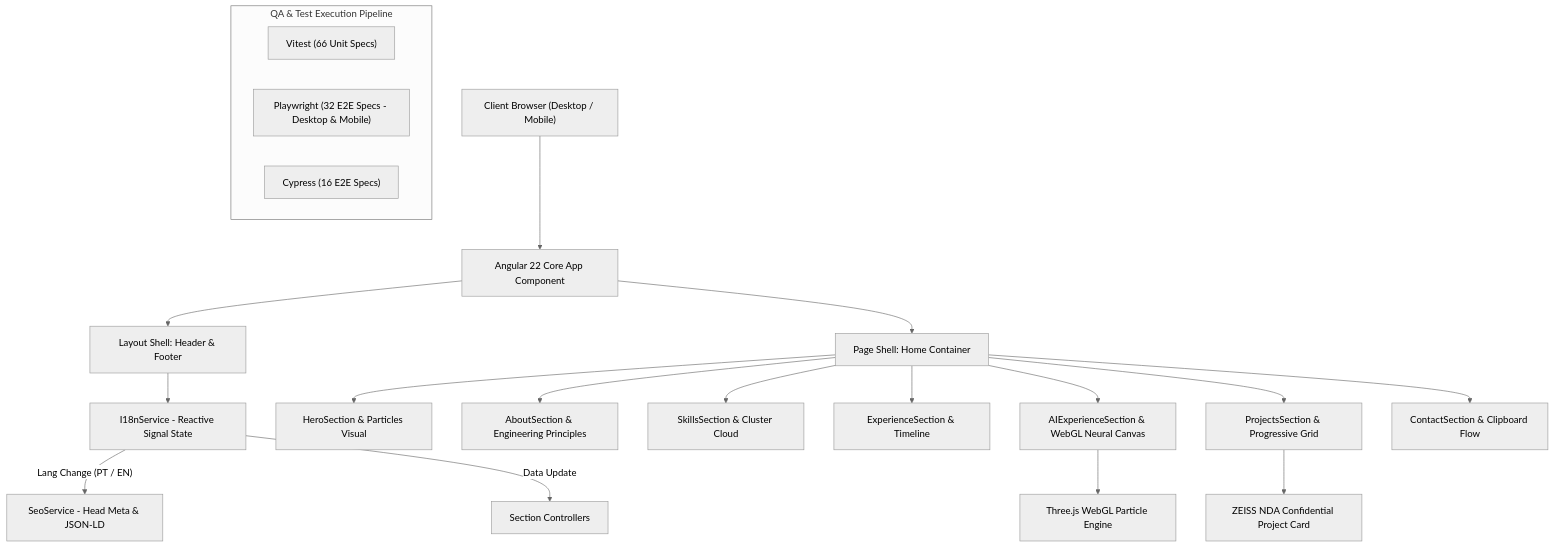
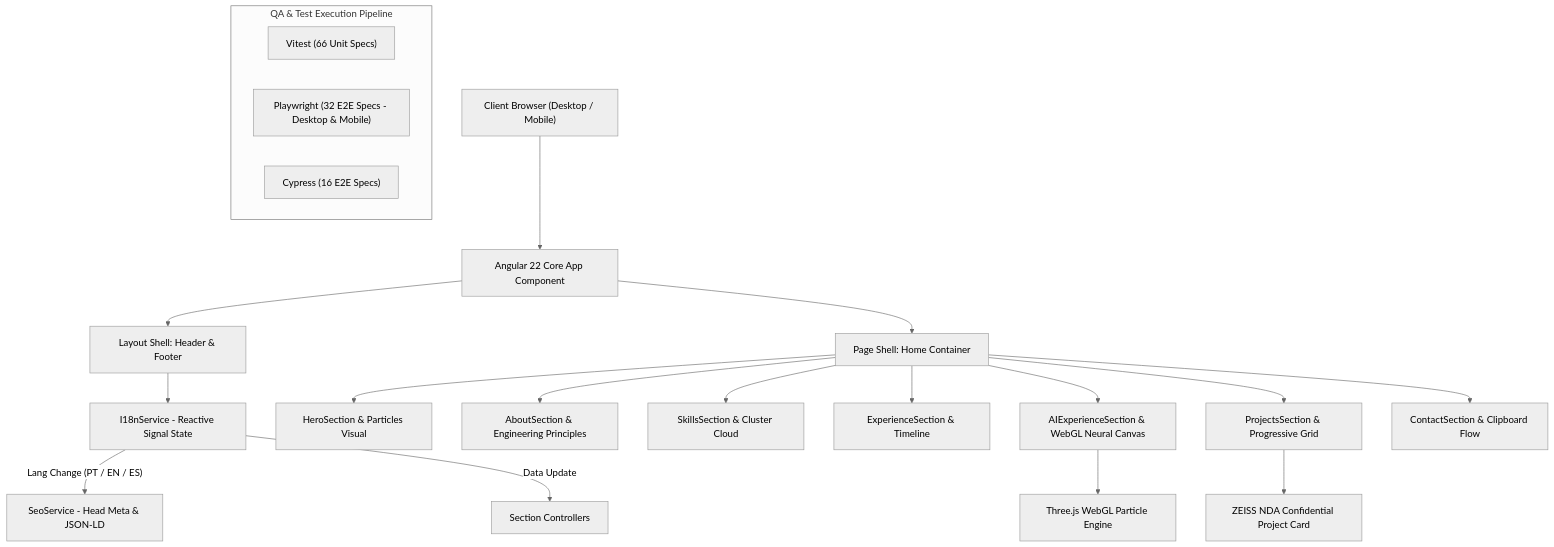
The first of 2 diagrams in README.md (DevYuriVieira/portfolio), drawn with Mermaid (neutral theme) before and after one commit. The commit also changed other lines of this file, not shown here.

Commit message:
docs(readme): update architecture diagram flows with tri-lingual (PT / EN / ES) transitions

````diff
--- a/README.md
+++ b/README.md
@@ -117,28 +117,28 @@
 ```mermaid
 flowchart TD
     A["Client Browser (Desktop / Mobile)"] --> B["Angular 22 Core App Component"]
     
     B --> C["Layout Shell: Header & Footer"]
     B --> D["Page Shell: Home Container"]
     
     C --> E["I18nService - Reactive Signal State"]
-    E -- "Lang Change (PT / EN)" --> F["SeoService - Head Meta & JSON-LD"]
+    E -- "Lang Change (PT / EN / ES)" --> F["SeoService - Head Meta & JSON-LD"]
     E -- "Data Update" --> G["Section Controllers"]
     
     D --> H1["HeroSection & Particles Visual"]
     D --> H2["AboutSection & Engineering Principles"]
     D --> H3["SkillsSection & Cluster Cloud"]
     D --> H4["ExperienceSection & Timeline"]
     D --> H5["AIExperienceSection & WebGL Neural Canvas"]
     D --> H6["ProjectsSection & Progressive Grid"]
     D --> H7["ContactSection & Clipboard Flow"]
     
     H5 --> I["Three.js WebGL Particle Engine"]
     H6 --> J["ZEISS NDA Confidential Project Card"]
     
     subgraph "QA & Test Execution Pipeline"
         K1["Vitest (66 Unit Specs)"]
         K2["Playwright (32 E2E Specs - Desktop & Mobile)"]
         K3["Cypress (16 E2E Specs)"]
     end
 ```
````
